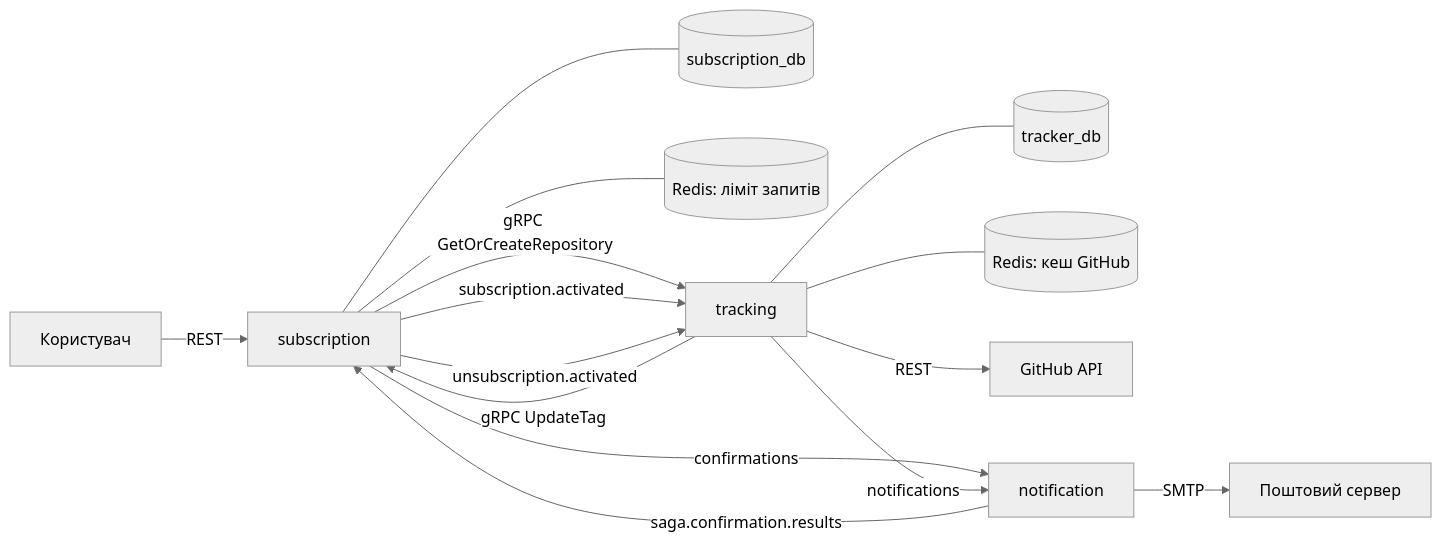
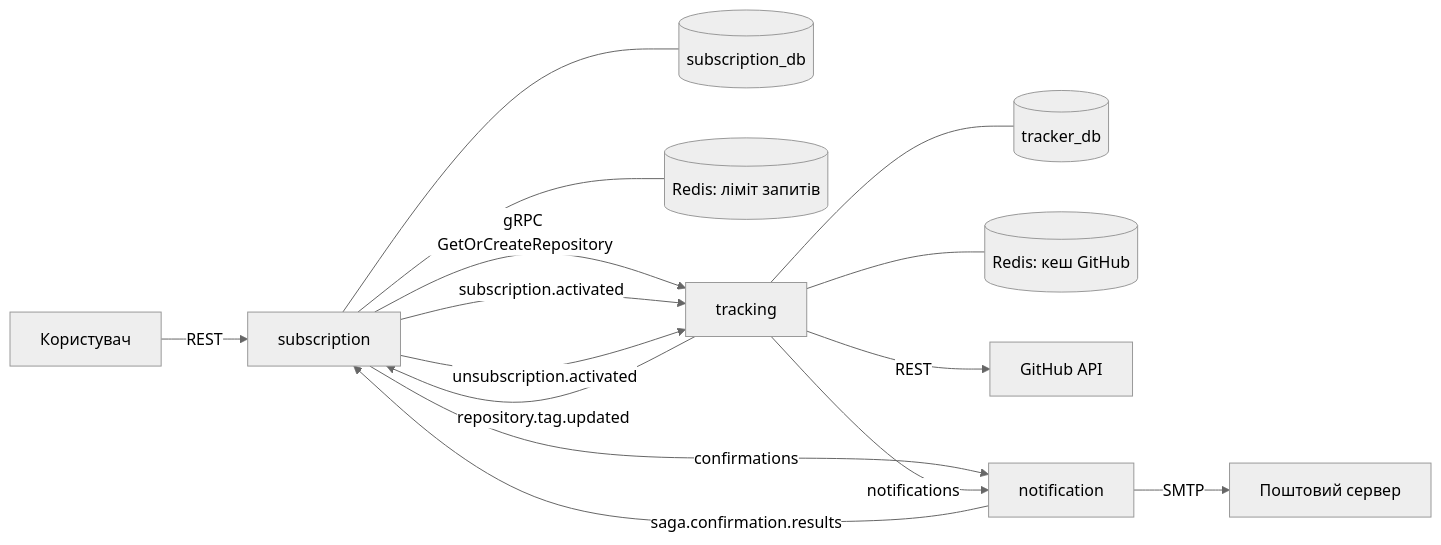
The first of 9 diagrams in spec.md (ReilEgor/GitHubRepoNotifier), drawn with Mermaid (neutral theme) before and after one commit. The commit also changed other lines of this file and 6 other files, not shown here.

````diff
--- a/spec.md
+++ b/spec.md
@@ -137,18 +137,18 @@
 ```mermaid
 flowchart LR
     U[Користувач] -->|REST| S[subscription]
     S --- SDB[(subscription_db)]
     S --- RL[(Redis: ліміт запитів)]
     S -->|gRPC GetOrCreateRepository| T[tracking]
-    T -->|gRPC UpdateTag| S
     T --- TDB[(tracker_db)]
     T --- RC[(Redis: кеш GitHub)]
     T -->|REST| G[GitHub API]
 
     S -->|confirmations| N[notification]
     N -->|saga.confirmation.results| S
     S -->|subscription.activated| T
     S -->|unsubscription.activated| T
     T -->|notifications| N
+    T -->|repository.tag.updated| S
     N -->|SMTP| M[Поштовий сервер]
 ```
````
